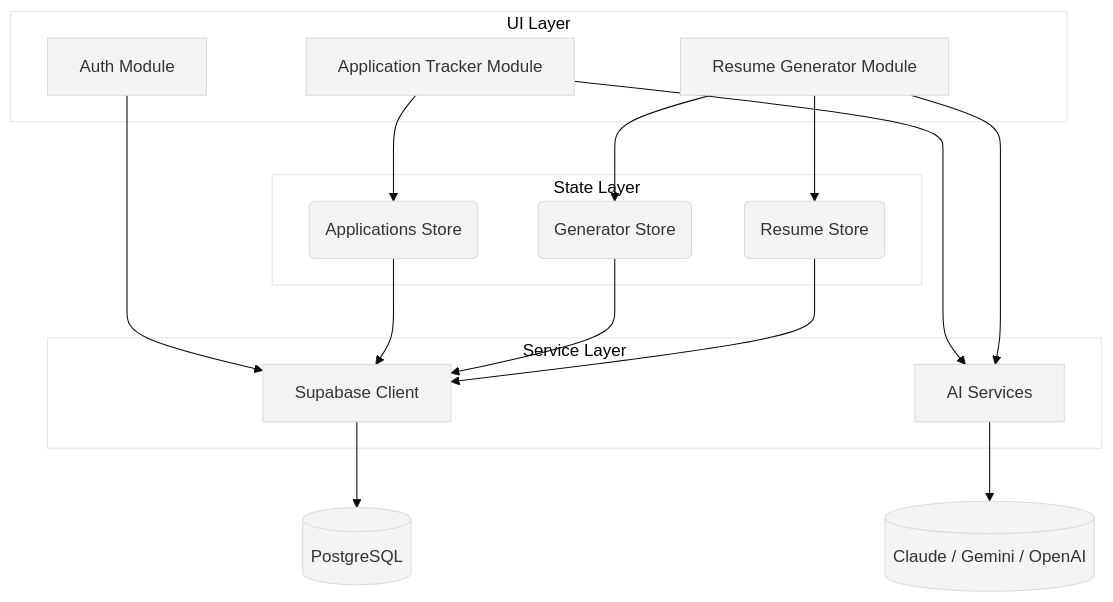
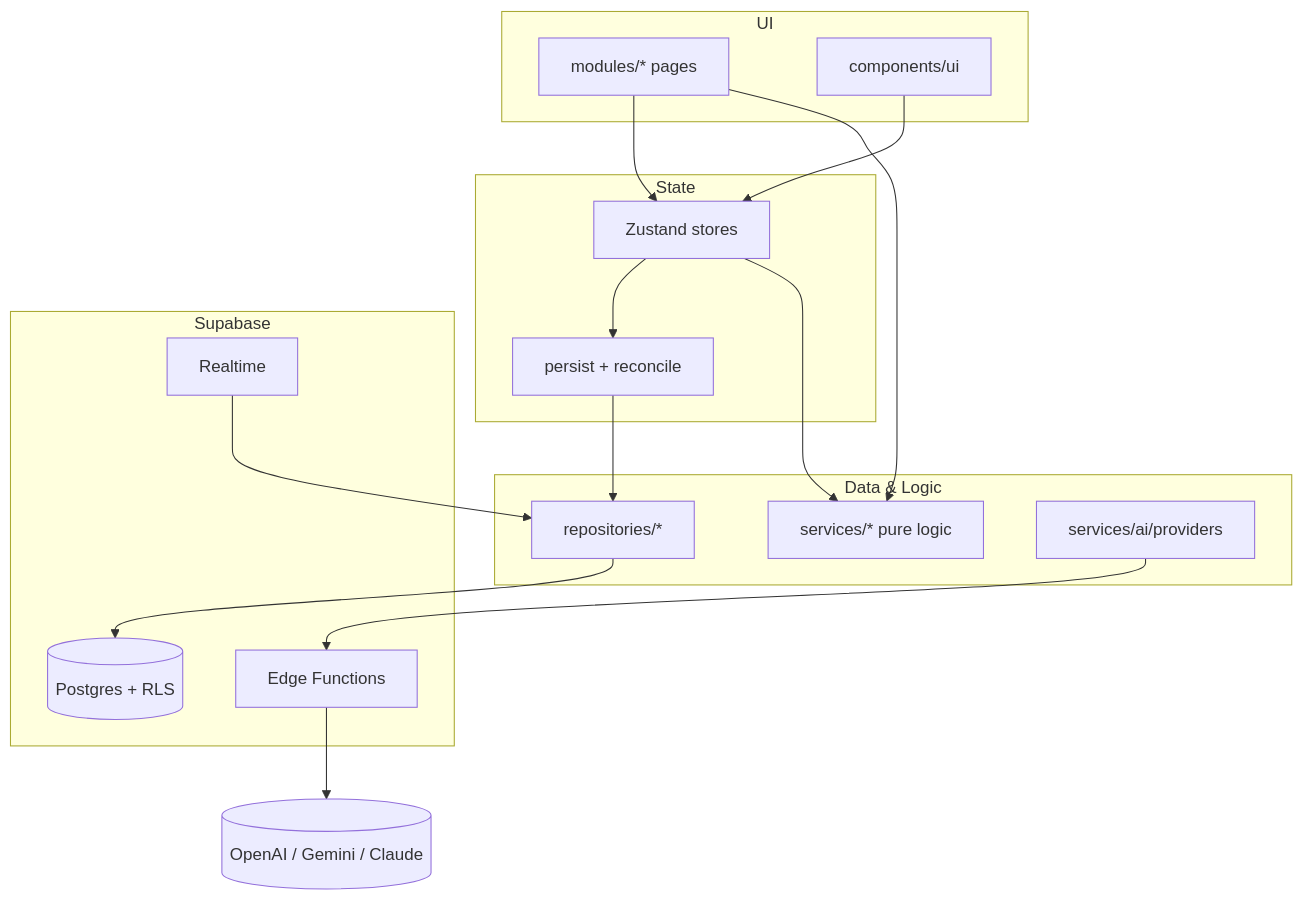
Before and after one commit to DeyvidJesus/octant: the first of 2 diagrams in docs/architecture.md, drawn with Mermaid. The commit also changed other lines of this file and 8 other files, not shown here.

First line of the commit message:
chore: add CI, rewrite README, refresh architecture docs

````diff
--- a/docs/architecture.md
+++ b/docs/architecture.md
@@ -46,35 +56,30 @@
 ```mermaid
-%%{init: {'theme': 'base', 'themeVariables': { 'primaryColor': '#f4f4f4', 'edgeLabelBackground':'#fff'}}}%%
 graph TD
-    subgraph UI Layer
-        Auth[Auth Module]
-        AppTracker[Application Tracker Module]
-        ResumeGen[Resume Generator Module]
+    subgraph UI
+        Modules[modules/* pages]
+        Components[components/ui]
     end
-
-    subgraph State Layer
-        AppStore(Applications Store)
-        GenStore(Generator Store)
-        ResStore(Resume Store)
+    subgraph State
+        Stores[Zustand stores]
+        Persist[persist + reconcile]
     end
-
-    subgraph Service Layer
-        SupaClient[Supabase Client]
-        AILayer[AI Services]
+    subgraph Data & Logic
+        Repos[repositories/*]
+        Services[services/* pure logic]
+        Providers[services/ai/providers]
     end
-
-    Auth --> SupaClient
-    AppTracker --> AppStore
-    ResumeGen --> GenStore
-    ResumeGen --> ResStore
-    
-    AppStore --> SupaClient
-    GenStore --> SupaClient
-    ResStore --> SupaClient
-    
-    AppTracker --> AILayer
-    ResumeGen --> AILayer
-
-    SupaClient --> DB[(PostgreSQL)]
-    AILayer --> LLM[(Claude / Gemini / OpenAI)]
+    subgraph Supabase
+        DB[(Postgres + RLS)]
+        RT[Realtime]
+        Edge[Edge Functions]
+    end
+    Modules --> Stores
+    Modules --> Services
+    Components --> Stores
+    Stores --> Persist --> Repos
+    Stores --> Services
+    Repos --> DB
+    RT --> Repos
+    Providers --> Edge
+    Edge --> LLM[(OpenAI / Gemini / Claude)]
 ```
````
